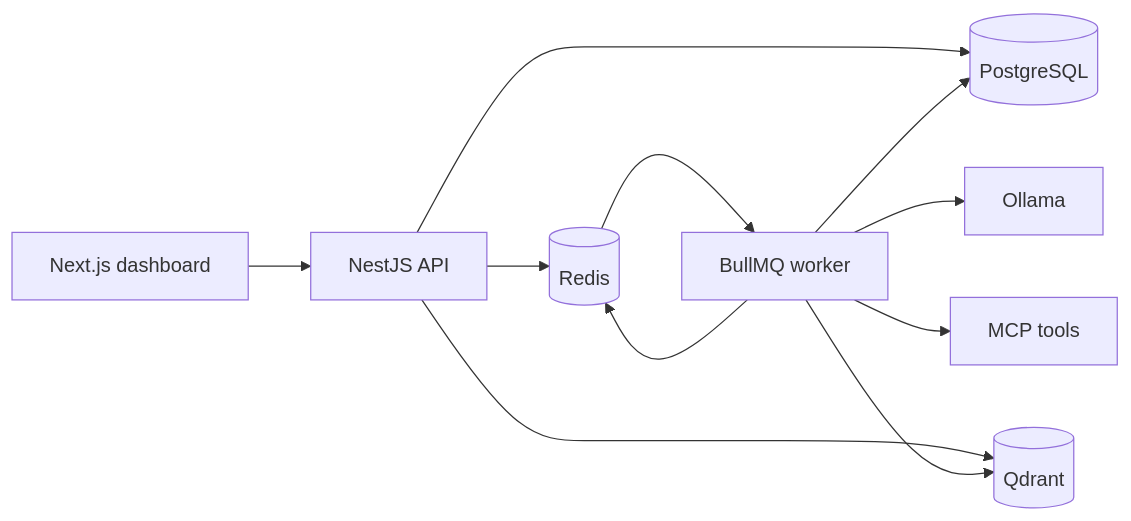
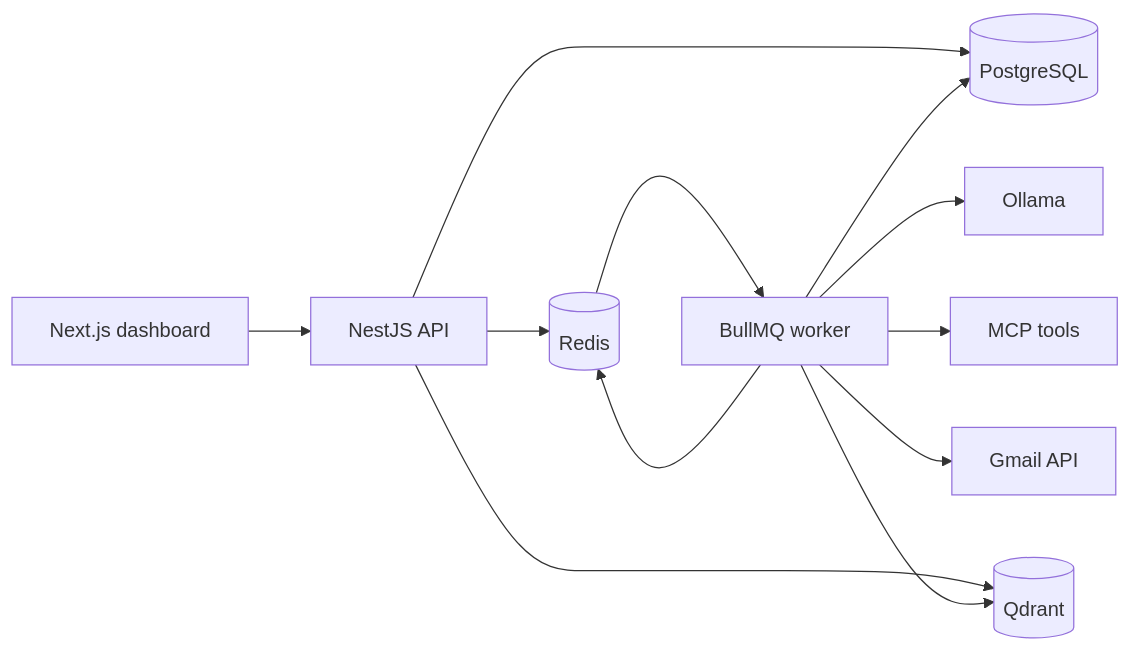
One commit to Repith/devhub-ai-command-center changed the diagram in docs/portfolio-release.md. Above: the diagram before and after it, drawn with Mermaid. The commit also changed other lines of this file and 11 other files, not shown here.

Commit message:
Add release readiness flow coverage (#40)

````diff
--- a/docs/portfolio-release.md
+++ b/docs/portfolio-release.md
@@ -15,13 +16,14 @@
 ```mermaid
 flowchart LR
   Browser[Next.js dashboard] --> API[NestJS API]
   API --> Postgres[(PostgreSQL)]
   API --> Redis[(Redis)]
   API --> Qdrant[(Qdrant)]
   Redis --> Worker[BullMQ worker]
   Worker --> Ollama[Ollama]
   Worker --> MCP[MCP tools]
+  Worker --> Gmail[Gmail API]
   Worker --> Postgres
   Worker --> Qdrant
   Worker --> Redis
 ```
````
